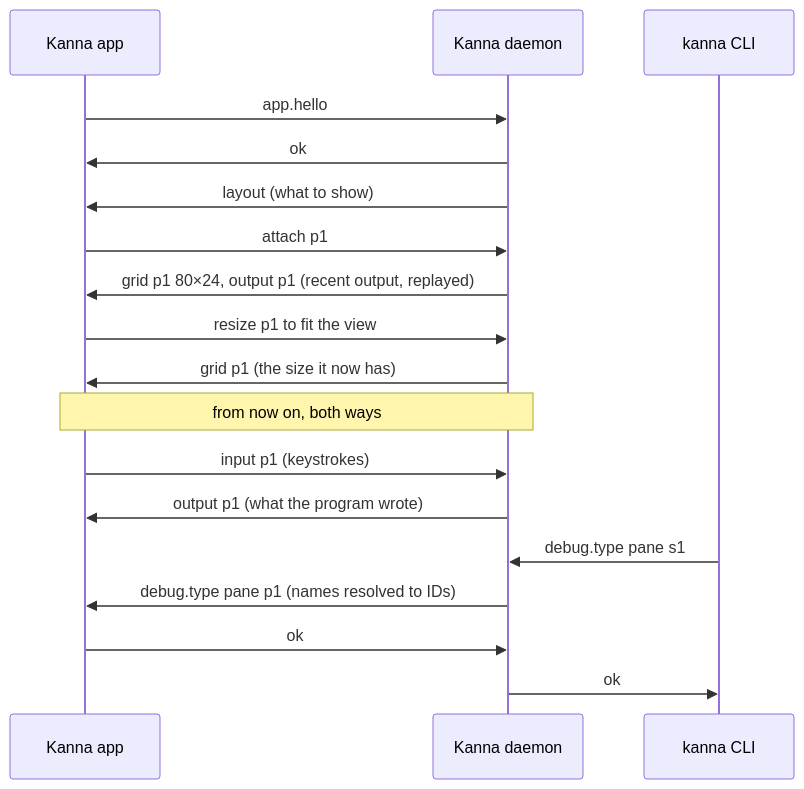
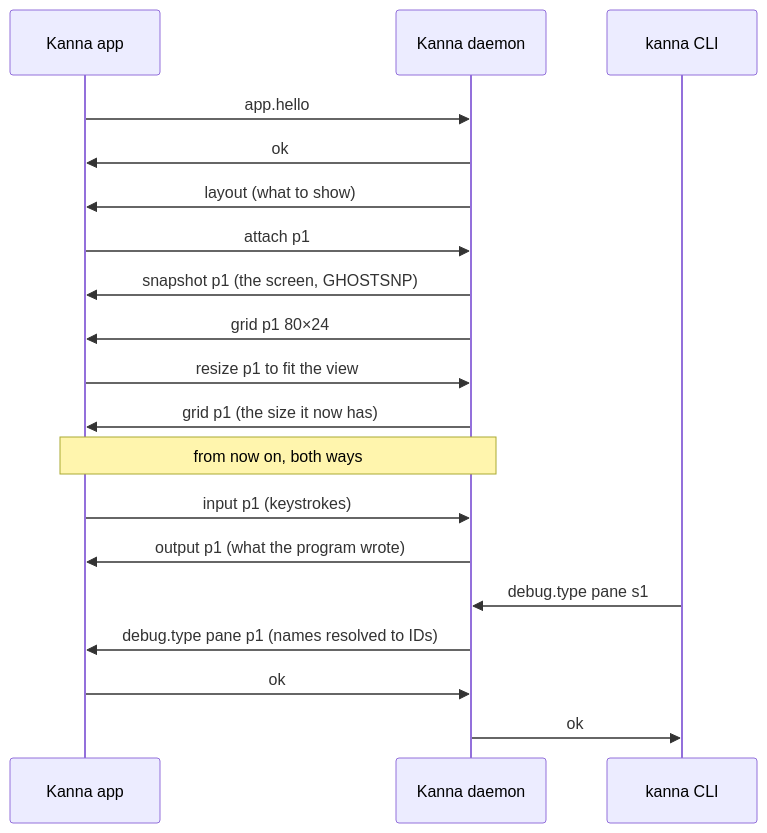
Before and after one commit to jemdiggity/kanna-v4: the sixth of 9 diagrams in docs/kanna-spec.md, drawn with Mermaid. The commit also changed other lines of this file and 2 other files, not shown here.

Commit message:
Spec and plan: screens in the daemon, snapshot then grid on attach (1.1, 1.2)

````diff
--- a/docs/kanna-spec.md
+++ b/docs/kanna-spec.md
@@ -243,20 +243,21 @@
 ```mermaid
 sequenceDiagram
     participant A as Kanna app
     participant D as Kanna daemon
     participant C as kanna CLI
     A->>D: app.hello
     D->>A: ok
     D->>A: layout (what to show)
     A->>D: attach p1
-    D->>A: grid p1 80×24, output p1 (recent output, replayed)
+    D->>A: snapshot p1 (the screen, GHOSTSNP)
+    D->>A: grid p1 80×24
     A->>D: resize p1 to fit the view
     D->>A: grid p1 (the size it now has)
     Note over A,D: from now on, both ways
     A->>D: input p1 (keystrokes)
     D->>A: output p1 (what the program wrote)
     C->>D: debug.type pane s1
     D->>A: debug.type pane p1 (names resolved to IDs)
     A->>D: ok
     D->>C: ok
 ```
````
